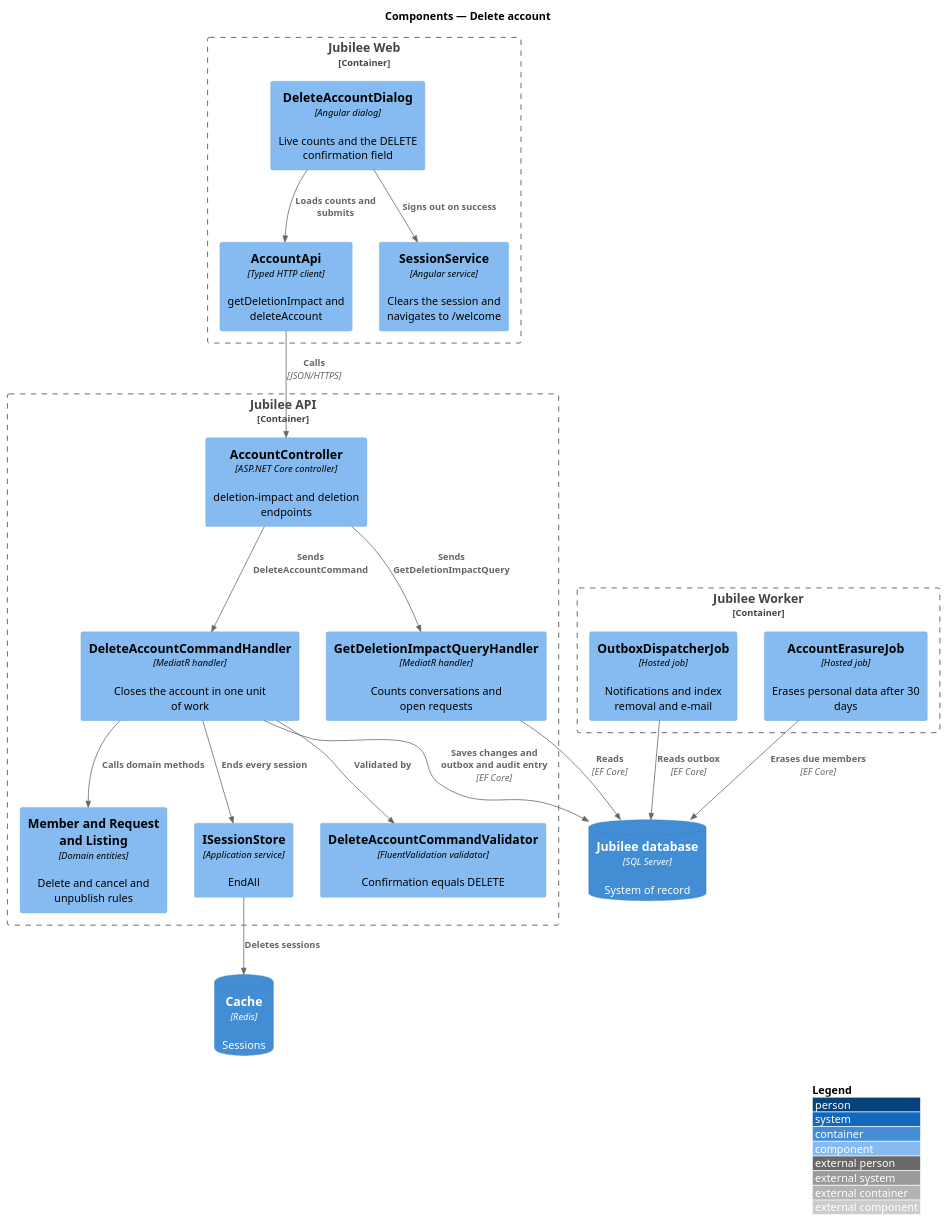
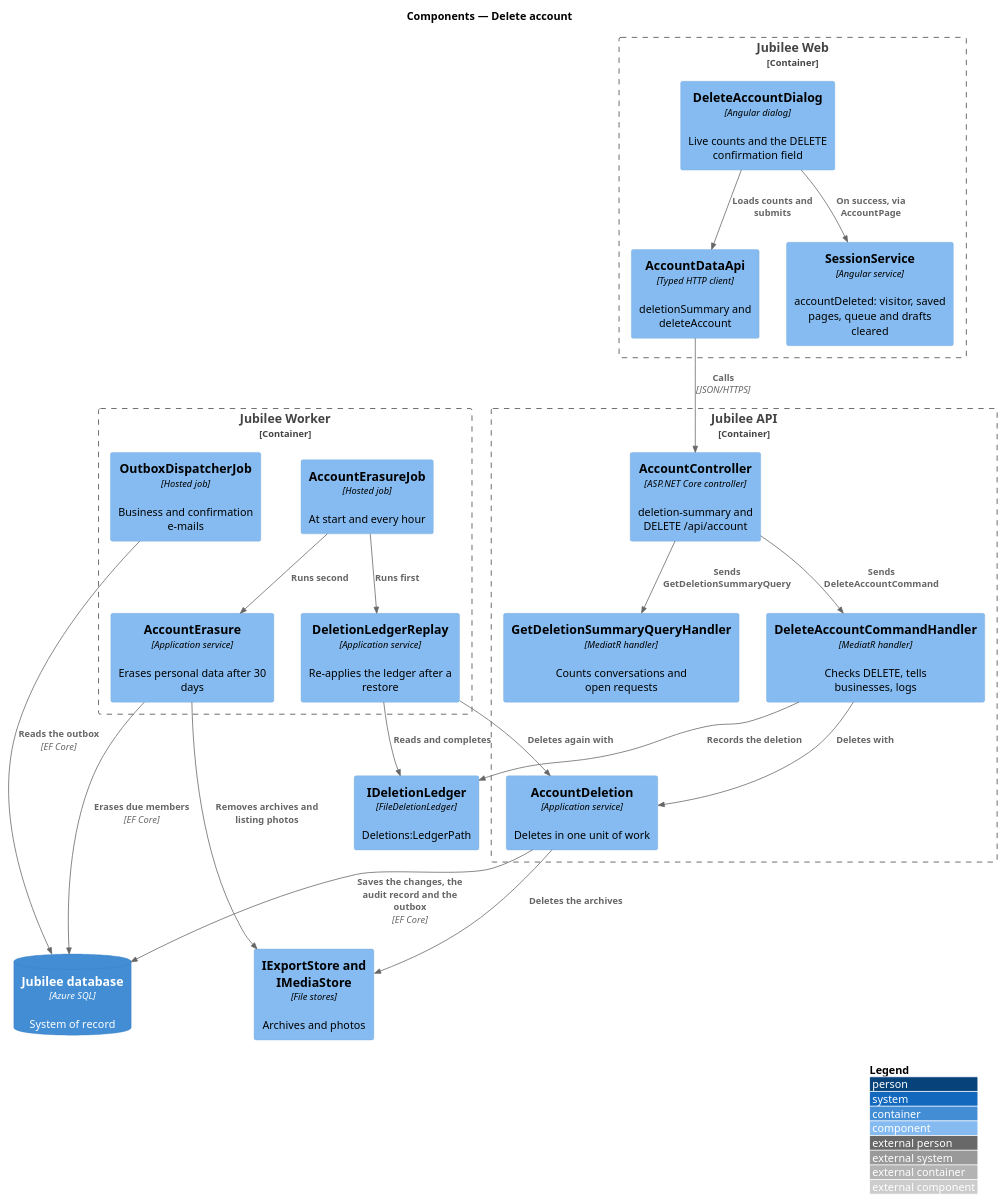
One commit to QuinntyneBrown/jubilee changed the diagram in docs/detailed-designs/accounts/delete-account/diagrams/c4-component.puml. Above: the diagram before and after it, drawn with PlantUML. The commit also changed 51 other files, not shown here.

First line of the commit message:
Journey 26: requirements, ADR 0069, designs and mocks for download data and delete account

```diff
--- a/docs/detailed-designs/accounts/delete-account/diagrams/c4-component.puml
+++ b/docs/detailed-designs/accounts/delete-account/diagrams/c4-component.puml
@@ -1,40 +1,43 @@
 @startuml
 !include <C4/C4_Component>
 LAYOUT_WITH_LEGEND()
 title Components — Delete account
 
-
 Container_Boundary(web, "Jubilee Web") {
   Component(dialog, "DeleteAccountDialog", "Angular dialog", "Live counts and the DELETE confirmation field")
-  Component(client, "AccountApi", "Typed HTTP client", "getDeletionImpact and deleteAccount")
-  Component(session, "SessionService", "Angular service", "Clears the session and navigates to /welcome")
+  Component(client, "AccountDataApi", "Typed HTTP client", "deletionSummary and deleteAccount")
+  Component(session, "SessionService", "Angular service", "accountDeleted: visitor, saved pages, queue and drafts cleared")
 }
 Container_Boundary(api, "Jubilee API") {
-  Component(ctrl, "AccountController", "ASP.NET Core controller", "deletion-impact and deletion endpoints")
-  Component(impact, "GetDeletionImpactQueryHandler", "MediatR handler", "Counts conversations and open requests")
-  Component(handler, "DeleteAccountCommandHandler", "MediatR handler", "Closes the account in one unit of work")
-  Component(validator, "DeleteAccountCommandValidator", "FluentValidation validator", "Confirmation equals DELETE")
-  Component(entities, "Member and Request and Listing", "Domain entities", "Delete and cancel and unpublish rules")
-  Component(sessions, "ISessionStore", "Application service", "EndAll")
+  Component(ctrl, "AccountController", "ASP.NET Core controller", "deletion-summary and DELETE /api/account")
+  Component(summary, "GetDeletionSummaryQueryHandler", "MediatR handler", "Counts conversations and open requests")
+  Component(handler, "DeleteAccountCommandHandler", "MediatR handler", "Checks DELETE, tells businesses, logs")
+  Component(deletion, "AccountDeletion", "Application service", "Deletes in one unit of work")
 }
 Container_Boundary(worker, "Jubilee Worker") {
-  Component(outbox, "OutboxDispatcherJob", "Hosted job", "Notifications and index removal and e-mail")
-  Component(erase, "AccountErasureJob", "Hosted job", "Erases personal data after 30 days")
+  Component(job, "AccountErasureJob", "Hosted job", "At start and every hour")
+  Component(replay, "DeletionLedgerReplay", "Application service", "Re-applies the ledger after a restore")
+  Component(erase, "AccountErasure", "Application service", "Erases personal data after 30 days")
+  Component(outbox, "OutboxDispatcherJob", "Hosted job", "Business and confirmation e-mails")
 }
-ContainerDb(db, "Jubilee database", "SQL Server", "System of record")
-ContainerDb(cache, "Cache", "Redis", "Sessions")
+Component(ledger, "IDeletionLedger", "FileDeletionLedger", "Deletions:LedgerPath")
+Component(store, "IExportStore and IMediaStore", "File stores", "Archives and photos")
+ContainerDb(db, "Jubilee database", "Azure SQL", "System of record")
 
 Rel(dialog, client, "Loads counts and submits")
-Rel(dialog, session, "Signs out on success")
+Rel(dialog, session, "On success, via AccountPage")
 Rel(client, ctrl, "Calls", "JSON/HTTPS")
-Rel(ctrl, impact, "Sends GetDeletionImpactQuery")
+Rel(ctrl, summary, "Sends GetDeletionSummaryQuery")
 Rel(ctrl, handler, "Sends DeleteAccountCommand")
-Rel(handler, validator, "Validated by")
-Rel(handler, entities, "Calls domain methods")
-Rel(handler, sessions, "Ends every session")
-Rel(impact, db, "Reads", "EF Core")
-Rel(handler, db, "Saves changes and outbox and audit entry", "EF Core")
-Rel(sessions, cache, "Deletes sessions")
-Rel(outbox, db, "Reads outbox", "EF Core")
+Rel(handler, deletion, "Deletes with")
+Rel(handler, ledger, "Records the deletion")
+Rel(deletion, db, "Saves the changes, the audit record and the outbox", "EF Core")
+Rel(deletion, store, "Deletes the archives")
+Rel(job, replay, "Runs first")
+Rel(job, erase, "Runs second")
+Rel(replay, ledger, "Reads and completes")
+Rel(replay, deletion, "Deletes again with")
 Rel(erase, db, "Erases due members", "EF Core")
+Rel(erase, store, "Removes archives and listing photos")
+Rel(outbox, db, "Reads the outbox", "EF Core")
 @enduml
```
